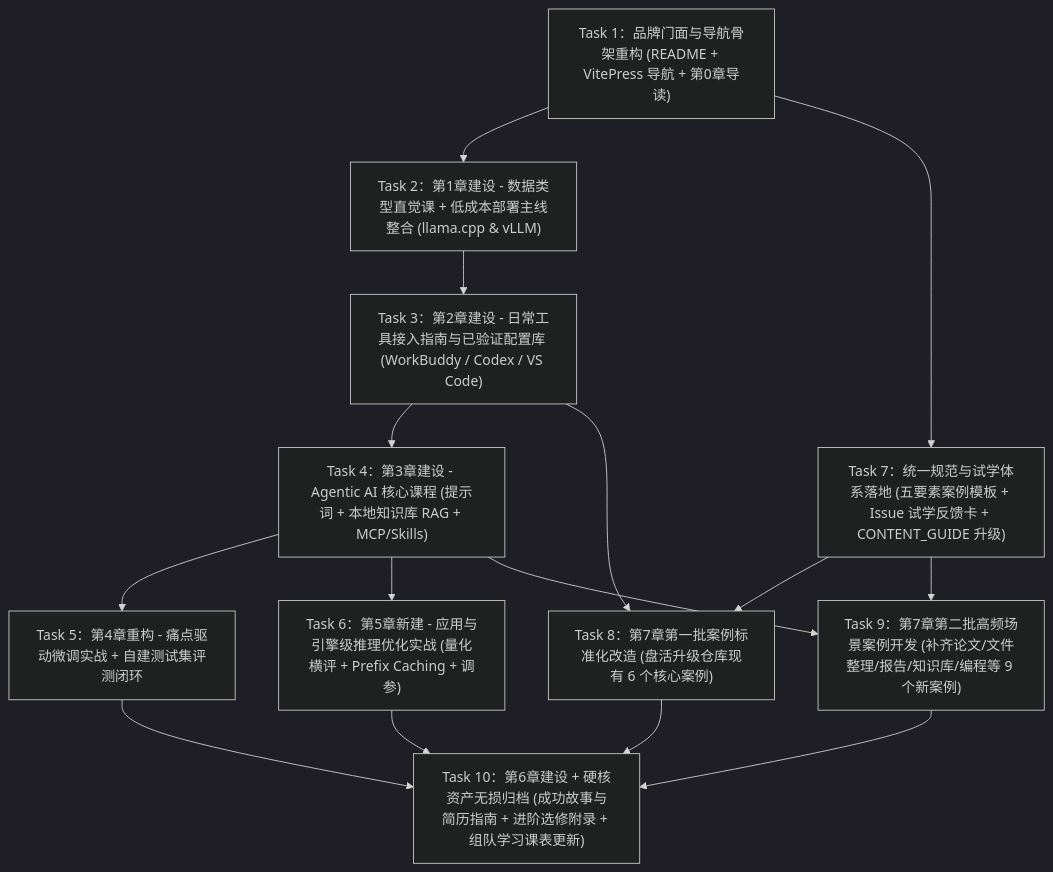
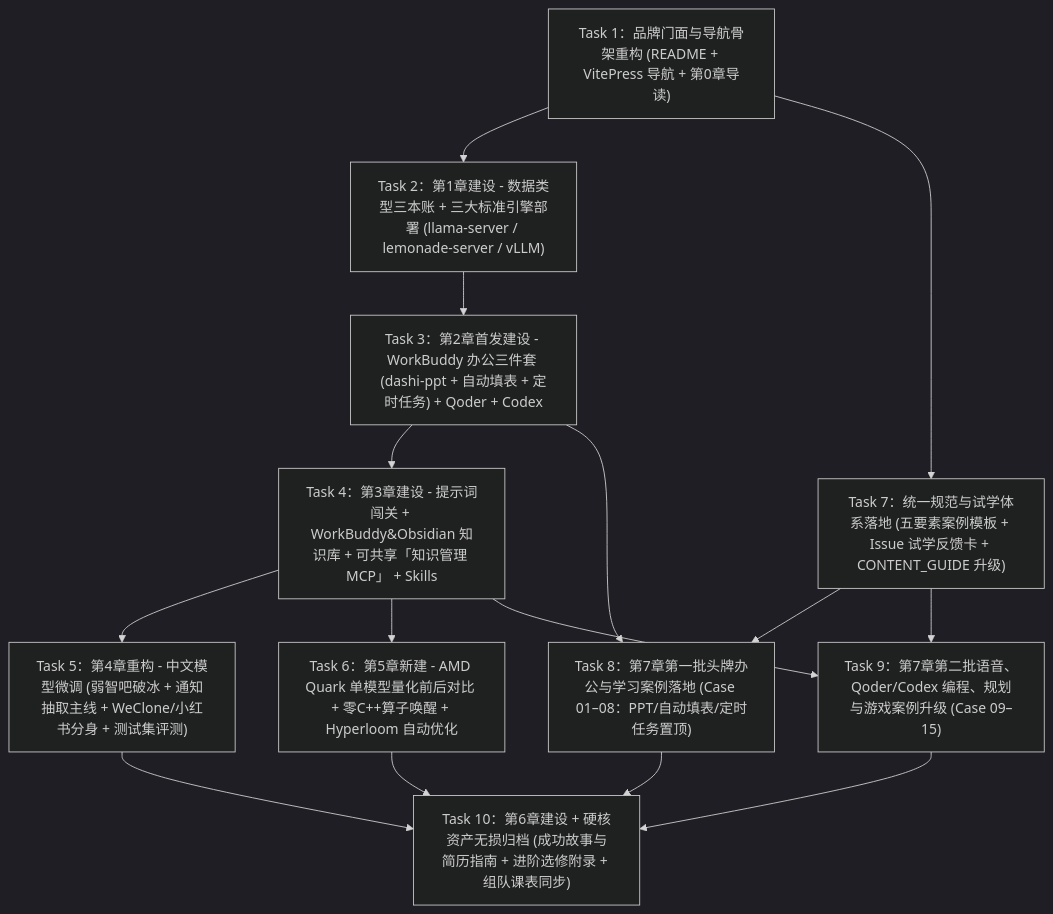
One commit to datawhalechina/hello-rocm changed the diagram in docs/course-refactor/TASK_course-refactor.md. Above: the diagram before and after it, drawn with Mermaid (dark theme). The commit also changed other lines of this file and 3 other files, not shown here.

Commit message:
docs(course-refactor): 精炼课程总大纲（统一三大服务引擎、WorkBuddy办公三件套、Qoder、知识管理MCP与微调量化范围）

````diff
--- a/docs/course-refactor/TASK_course-refactor.md
+++ b/docs/course-refactor/TASK_course-refactor.md
@@ -11,28 +11,28 @@
 ```mermaid
 flowchart TD
     T1["Task 1：品牌门面与导航骨架重构 (README + VitePress 导航 + 第0章导读)"]
-    T2["Task 2：第1章建设 - 数据类型直觉课 + 低成本部署主线整合 (llama.cpp & vLLM)"]
-    T3["Task 3：第2章建设 - 日常工具接入指南与已验证配置库 (WorkBuddy / Codex / VS Code)"]
-    T4["Task 4：第3章建设 - Agentic AI 核心课程 (提示词 + 本地知识库 RAG + MCP/Skills)"]
-    T5["Task 5：第4章重构 - 痛点驱动微调实战 + 自建测试集评测闭环"]
-    T6["Task 6：第5章新建 - 应用与引擎级推理优化实战 (量化横评 + Prefix Caching + 调参)"]
+    T2["Task 2：第1章建设 - 数据类型三本账 + 三大标准引擎部署 (llama-server / lemonade-server / vLLM)"]
+    T3["Task 3：第2章首发建设 - WorkBuddy 办公三件套 (dashi-ppt + 自动填表 + 定时任务) + Qoder + Codex"]
+    T4["Task 4：第3章建设 - 提示词闯关 + WorkBuddy&Obsidian 知识库 + 可共享「知识管理 MCP」 + Skills"]
+    T5["Task 5：第4章重构 - 中文模型微调 (弱智吧破冰 + 通知抽取主线 + WeClone/小红书分身 + 测试集评测)"]
+    T6["Task 6：第5章新建 - AMD Quark 单模型量化前后对比 + 零C++算子唤醒 + Hyperloom 自动优化"]
     T7["Task 7：统一规范与试学体系落地 (五要素案例模板 + Issue 试学反馈卡 + CONTENT_GUIDE 升级)"]
-    T8["Task 8：第7章第一批案例标准化改造 (盘活升级仓库现有 6 个核心案例)"]
-    T9["Task 9：第7章第二批高频场景案例开发 (补齐论文/文件整理/报告/知识库/编程等 9 个新案例)"]
-    T10["Task 10：第6章建设 + 硬核资产无损归档 (成功故事与简历指南 + 进阶选修附录 + 组队学习课表更新)"]
+    T8["Task 8：第7章第一批头牌办公与学习案例落地 (Case 01–08：PPT/自动填表/定时任务置顶)"]
+    T9["Task 9：第7章第二批语音、Qoder/Codex 编程、规划与游戏案例升级 (Case 09–15)"]
+    T10["Task 10：第6章建设 + 硬核资产无损归档 (成功故事与简历指南 + 进阶选修附录 + 组队课表同步)"]
 
     T1 --> T2
     T1 --> T7
     T2 --> T3
     T3 --> T4
     T4 --> T5
     T4 --> T6
     T7 --> T8
     T3 --> T8
     T4 --> T9
     T7 --> T9
     T5 --> T10
     T6 --> T10
     T8 --> T10
     T9 --> T10
 ```
````
